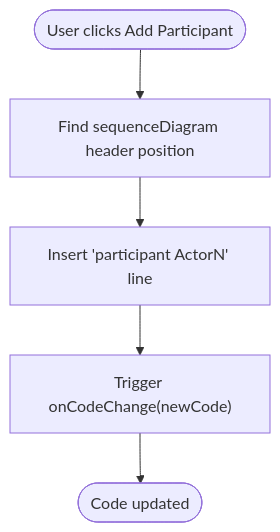
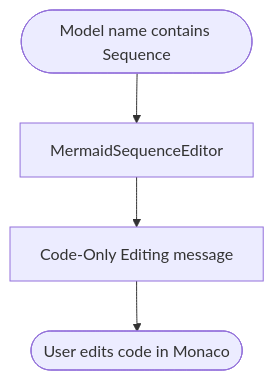
The third of 8 diagrams in .qoder/repowiki/en/content/Diagram Types and Formats/Mermaid Diagrams/Sequence Diagrams.md (ongchonghian/universal-diagram-editor), drawn with Mermaid before and after one commit. The commit also changed other lines of this file and 31 other files, not shown here.

````diff
--- a/.qoder/repowiki/en/content/Diagram Types and Formats/Mermaid Diagrams/Sequence Diagrams.md
+++ b/.qoder/repowiki/en/content/Diagram Types and Formats/Mermaid Diagrams/Sequence Diagrams.md
@@ -138,7 +124,6 @@
 ```mermaid
 flowchart TD
-Start(["User clicks Add Participant"]) --> FindHeader["Find sequenceDiagram header position"]
-FindHeader --> InsertLine["Insert 'participant ActorN' line"]
-InsertLine --> TriggerOnChange["Trigger onCodeChange(newCode)"]
-TriggerOnChange --> End(["Code updated"])
+Start(["Model name contains Sequence"]) --> Placeholder["MermaidSequenceEditor"]
+Placeholder --> Message["Code-Only Editing message"]
+Message --> End(["User edits code in Monaco"])
 ```
````
